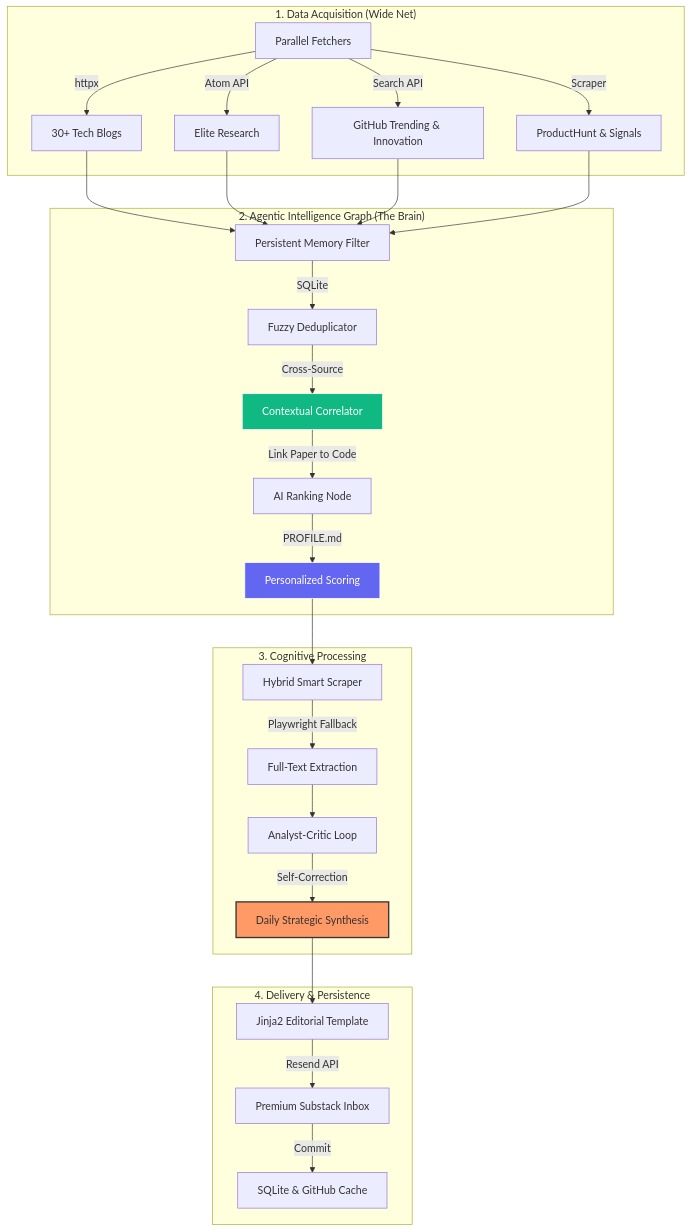
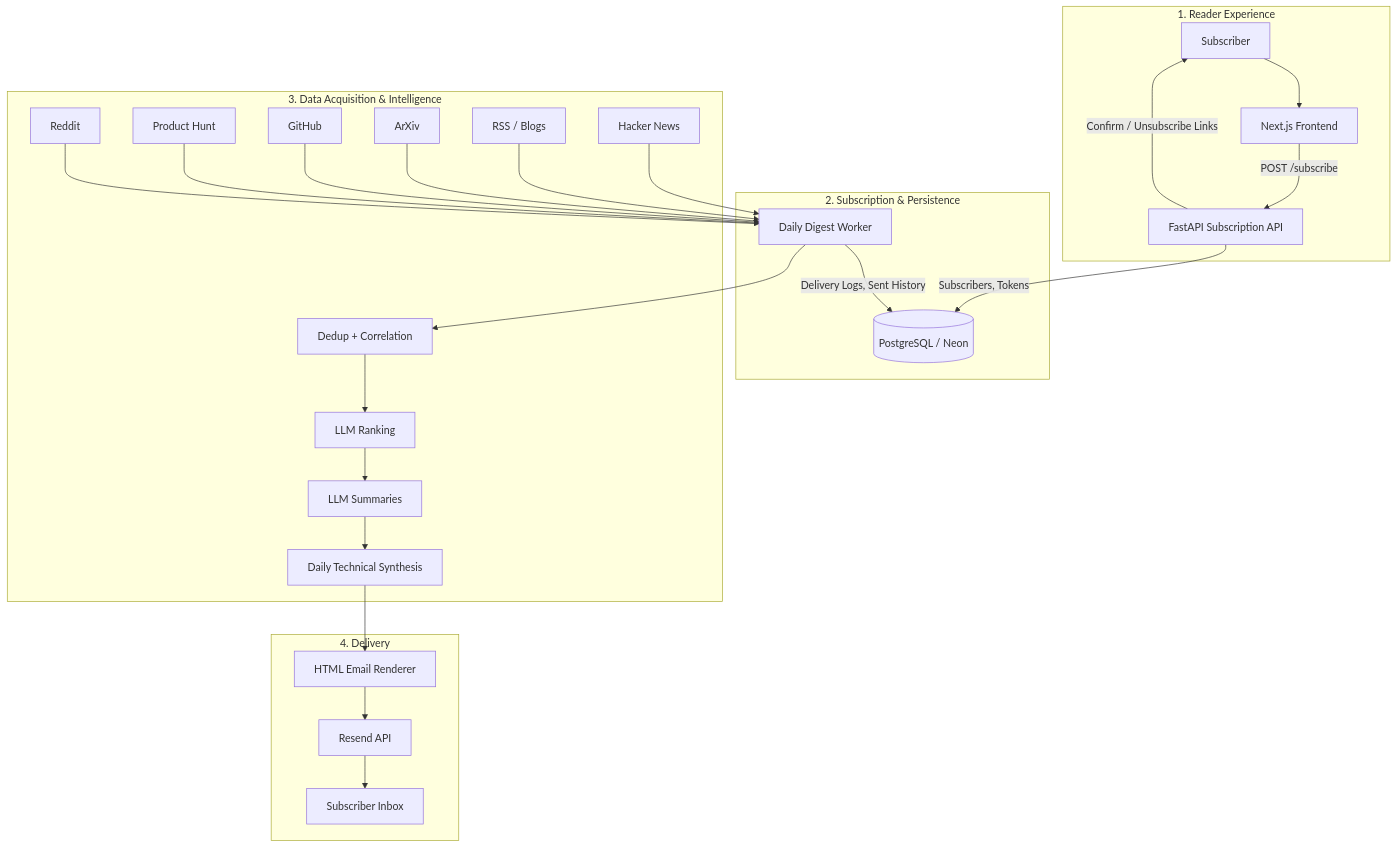
Before and after one commit to tanishra/OmniBrief: the diagram in README.md, drawn with Mermaid. The commit also changed other lines of this file, not shown here.

````diff
--- a/README.md
+++ b/README.md
@@ -40,39 +47,50 @@
 ```mermaid
 graph TD
-    %% Input Layer
-    subgraph "1. Data Acquisition (Wide Net)"
-        Fetch[Parallel Fetchers] -->|httpx| RSS[30+ Tech Blogs]
-        Fetch -->|Atom API| ArXiv[Elite Research]
-        Fetch -->|Search API| GH[GitHub Trending & Innovation]
-        Fetch -->|Scraper| PH[ProductHunt & Signals]
+    %% User Layer
+    subgraph "1. Reader Experience"
+        User[Subscriber]
+        FE[Next.js Frontend]
+        API[FastAPI Subscription API]
+        User --> FE
+        FE -->|POST /subscribe| API
+        API -->|Confirm / Unsubscribe Links| User
+    end
+
+    %% Newsletter Layer
+    subgraph "2. Subscription & Persistence"
+        PG[(PostgreSQL / Neon)]
+        API -->|Subscribers, Tokens| PG
+        Worker[Daily Digest Worker]
+        Worker -->|Delivery Logs, Sent History| PG
     end
 
     %% Intelligence Layer
-    subgraph "2. Agentic Intelligence Graph (The Brain)"
-        RSS & ArXiv & GH & PH --> Filter[Persistent Memory Filter]
-        Filter -->|SQLite| Dedup[Fuzzy Deduplicator]
-        Dedup -->|Cross-Source| Corel[Contextual Correlator]
-        Corel -->|Link Paper to Code| Rank[AI Ranking Node]
-        Rank -->|PROFILE.md| Scoring[Personalized Scoring]
+    subgraph "3. Data Acquisition & Intelligence"
+        HN[Hacker News]
+        RSS[RSS / Blogs]
+        ArXiv[ArXiv]
+        GH[GitHub]
+        PH[Product Hunt]
+        Reddit[Reddit]
+        HN --> Worker
+        RSS --> Worker
+        ArXiv --> Worker
+        GH --> Worker
+        PH --> Worker
+        Reddit --> Worker
+        Worker --> Curate[Dedup + Correlation]
+        Curate --> Rank[LLM Ranking]
+        Rank --> Summarize[LLM Summaries]
+        Summarize --> Synthesize[Daily Technical Synthesis]
     end
 
-    %% Deep Dive Layer
-    subgraph "3. Cognitive Processing"
-        Scoring --> Scrape[Hybrid Smart Scraper]
-        Scrape -->|Playwright Fallback| Extract[Full-Text Extraction]
-        Extract --> Summary[Analyst-Critic Loop]
-        Summary -->|Self-Correction| Synthesis[Daily Strategic Synthesis]
+    %% Delivery Layer
+    subgraph "4. Delivery"
+        Render[HTML Email Renderer]
+        Resend[Resend API]
+        Inbox[Subscriber Inbox]
+        Synthesize --> Render
+        Render --> Resend
+        Resend --> Inbox
     end
-
-    %% Output Layer
-    subgraph "4. Delivery & Persistence"
-        Synthesis --> Render[Jinja2 Editorial Template]
-        Render -->|Resend API| Email[Premium Substack Inbox]
-        Email -->|Commit| History[SQLite & GitHub Cache]
-    end
-
-    %% Styling
-    style Synthesis fill:#f96,stroke:#333,stroke-width:2px
-    style Scoring fill:#6366f1,stroke:#fff,color:#fff
-    style Corel fill:#10b981,stroke:#fff,color:#fff
 ```
````
